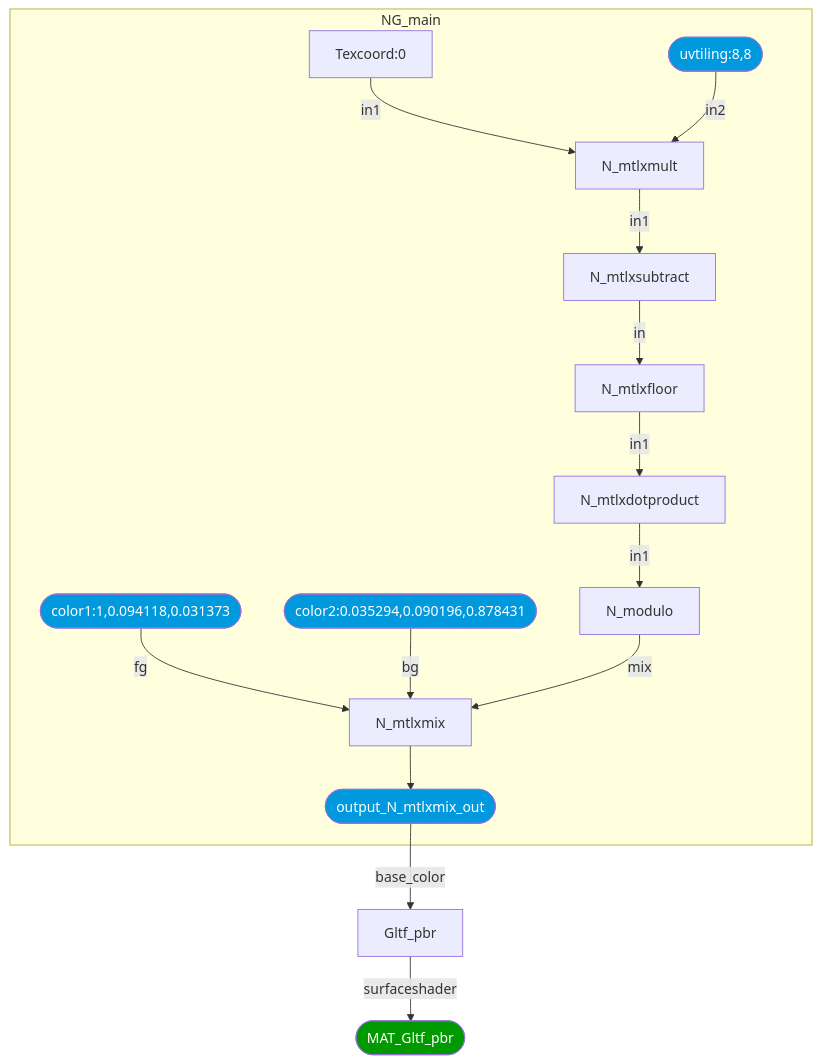
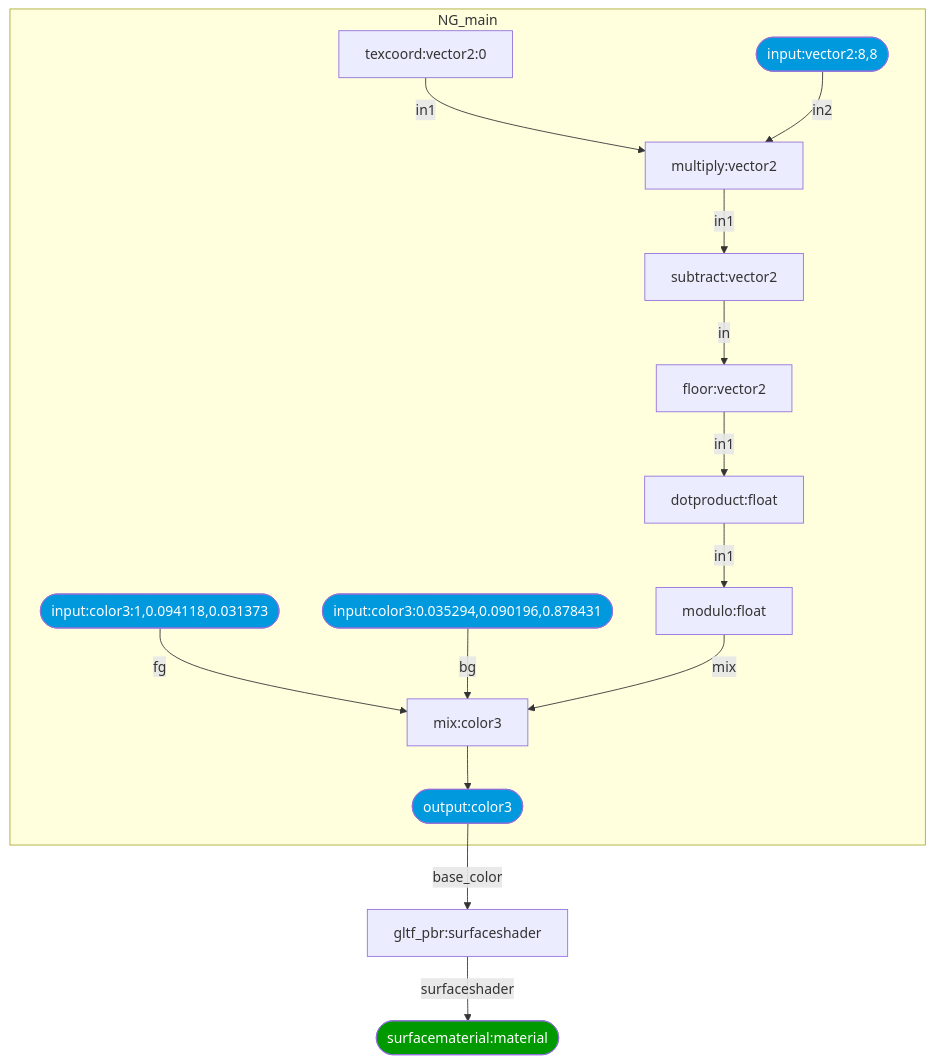
Before and after one commit to KhronosGroup/glTF-MaterialX-Converter: the third of 4 diagrams in README.md, drawn with Mermaid. The commit also changed other lines of this file and 71 other files, not shown here.

````diff
--- a/README.md
+++ b/README.md
@@ -135,35 +135,35 @@
 ```mermaid
 graph TB
     subgraph NG_main
-    NG_main_uvtiling([uvtiling:8,8])
+    NG_main_uvtiling([input:vector2:8,8])
     style NG_main_uvtiling  fill:#09D, color:#FFF
-    NG_main_color1([color1:1,0.094118,0.031373])
+    NG_main_color1([input:color3:1,0.094118,0.031373])
     style NG_main_color1  fill:#09D, color:#FFF
-    NG_main_color2([color2:0.035294,0.090196,0.878431])
+    NG_main_color2([input:color3:0.035294,0.090196,0.878431])
     style NG_main_color2  fill:#09D, color:#FFF
-    NG_main_output_N_mtlxmix_out([output_N_mtlxmix_out])
+    NG_main_output_N_mtlxmix_out([output:color3])
     style NG_main_output_N_mtlxmix_out  fill:#09D, color:#FFF
-    NG_main_N_mtlxmix[N_mtlxmix]
-    NG_main_N_mtlxdotproduct[N_mtlxdotproduct]
-    NG_main_N_mtlxmult[N_mtlxmult]
-    NG_main_N_mtlxsubtract[N_mtlxsubtract]
-    NG_main_N_mtlxfloor[N_mtlxfloor]
-    NG_main_N_modulo[N_modulo]
-    NG_main_Texcoord[Texcoord:0]
+    NG_main_N_mtlxmix[mix:color3]
+    NG_main_N_mtlxdotproduct[dotproduct:float]
+    NG_main_N_mtlxmult[multiply:vector2]
+    NG_main_N_mtlxsubtract[subtract:vector2]
+    NG_main_N_mtlxfloor[floor:vector2]
+    NG_main_N_modulo[modulo:float]
+    NG_main_Texcoord[texcoord:vector2:0]
     end
-    Gltf_pbr[Gltf_pbr]
-    MAT_Gltf_pbr([MAT_Gltf_pbr])
+    Gltf_pbr[gltf_pbr:surfaceshader]
+    MAT_Gltf_pbr([surfacematerial:material])
     style MAT_Gltf_pbr   fill:#090, color:#FFF
     NG_main_N_mtlxmix --> NG_main_output_N_mtlxmix_out
     NG_main_color1 --"fg"--> NG_main_N_mtlxmix
     NG_main_color2 --"bg"--> NG_main_N_mtlxmix
     NG_main_N_modulo --"mix"--> NG_main_N_mtlxmix
     NG_main_N_mtlxfloor --"in1"--> NG_main_N_mtlxdotproduct
     NG_main_Texcoord --"in1"--> NG_main_N_mtlxmult
     NG_main_uvtiling --"in2"--> NG_main_N_mtlxmult
     NG_main_N_mtlxmult --"in1"--> NG_main_N_mtlxsubtract
     NG_main_N_mtlxsubtract --"in"--> NG_main_N_mtlxfloor
     NG_main_N_mtlxdotproduct --"in1"--> NG_main_N_modulo
     NG_main_output_N_mtlxmix_out --"base_color"--> Gltf_pbr
     Gltf_pbr --"surfaceshader"--> MAT_Gltf_pbr
 ```
````
